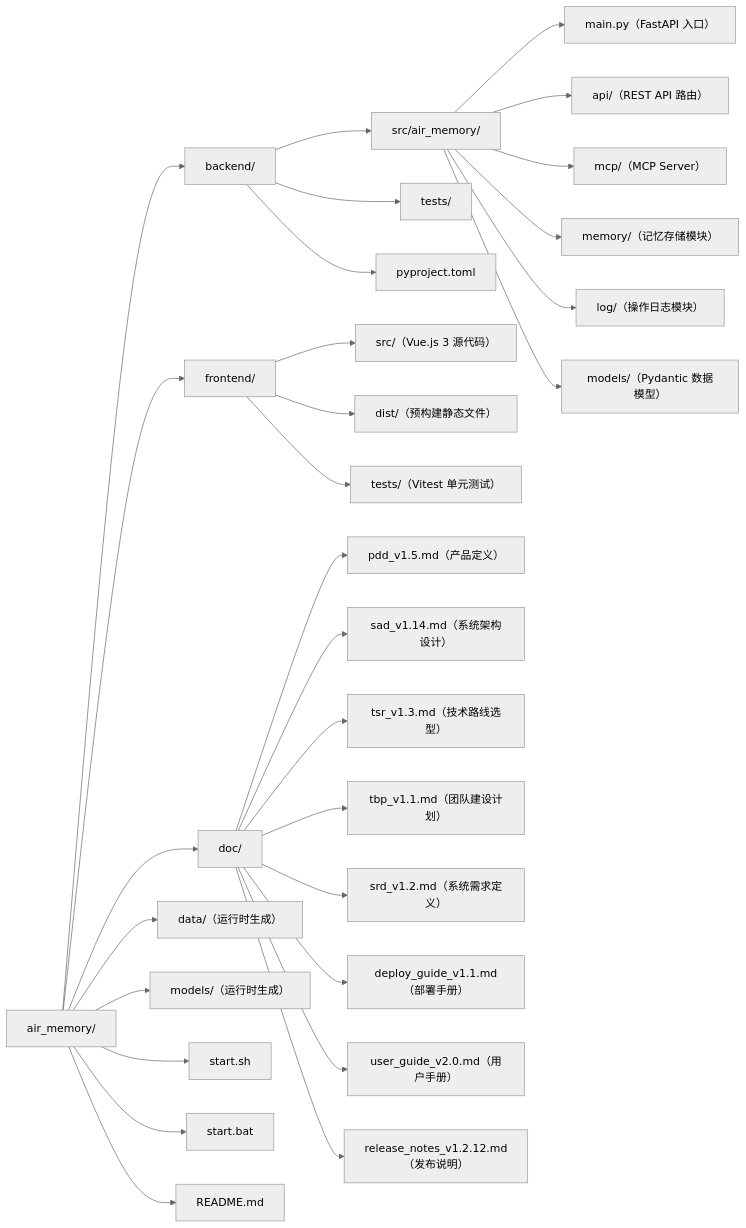
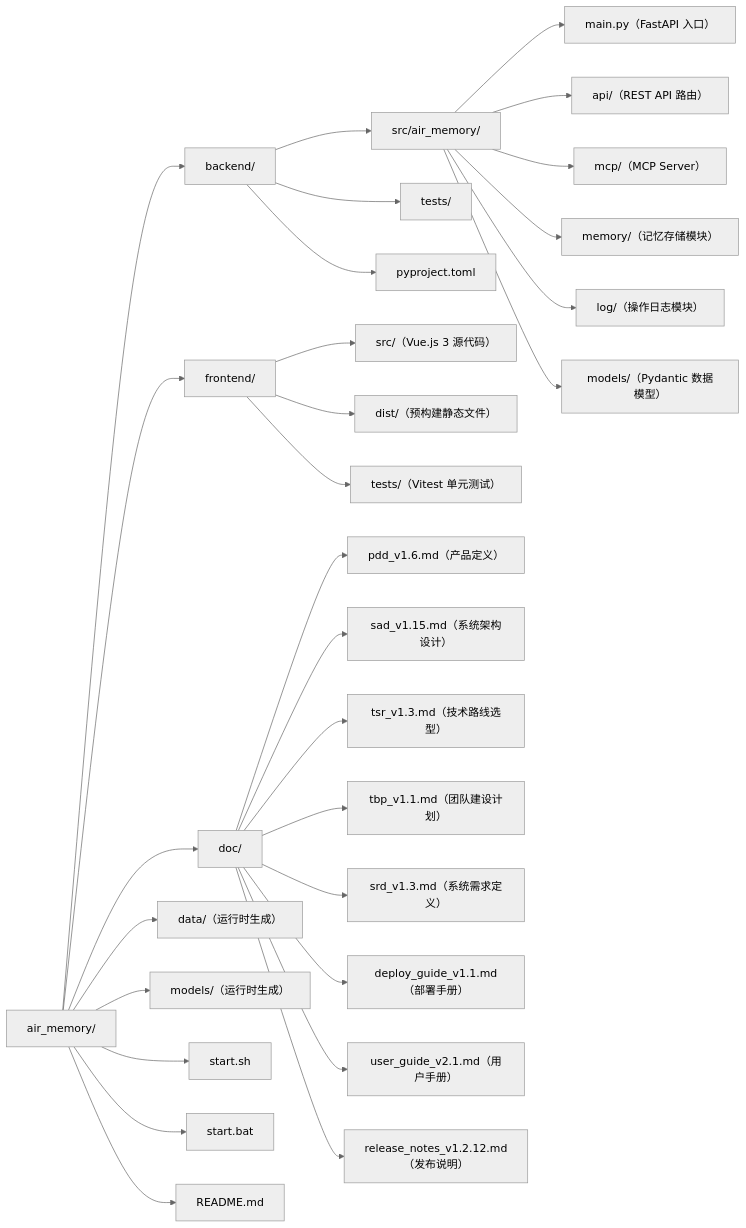
The diagram in README.md (SevenLv/air_memory), drawn with Mermaid (neutral theme) before and after one commit. The commit also changed other lines of this file and 4 other files, not shown here.

First line of the commit message:
docs: remove fast_only parameter, add pdd_v1.6, srd_v1.3, sad_v1.15, user_guide_v2.1

````diff
--- a/README.md
+++ b/README.md
@@ -50,37 +50,37 @@
 ```mermaid
 graph LR
     ROOT["air_memory/"]
 
     ROOT --> BACKEND["backend/"]
     ROOT --> FRONTEND["frontend/"]
     ROOT --> DOC["doc/"]
     ROOT --> DATA["data/（运行时生成）"]
     ROOT --> MODELS["models/（运行时生成）"]
     ROOT --> START_SH["start.sh"]
     ROOT --> START_BAT["start.bat"]
     ROOT --> README["README.md"]
 
     BACKEND --> BE_SRC["src/air_memory/"]
     BACKEND --> BE_TESTS["tests/"]
     BACKEND --> BE_PYPROJECT["pyproject.toml"]
 
     BE_SRC --> BE_MAIN["main.py（FastAPI 入口）"]
     BE_SRC --> BE_API["api/（REST API 路由）"]
     BE_SRC --> BE_MCP["mcp/（MCP Server）"]
     BE_SRC --> BE_MEM["memory/（记忆存储模块）"]
     BE_SRC --> BE_LOG["log/（操作日志模块）"]
     BE_SRC --> BE_MODELS["models/（Pydantic 数据模型）"]
 
     FRONTEND --> FE_SRC["src/（Vue.js 3 源代码）"]
     FRONTEND --> FE_DIST["dist/（预构建静态文件）"]
     FRONTEND --> FE_TESTS["tests/（Vitest 单元测试）"]
 
-    DOC --> D1["pdd_v1.5.md（产品定义）"]
-    DOC --> D2["sad_v1.14.md（系统架构设计）"]
+    DOC --> D1["pdd_v1.6.md（产品定义）"]
+    DOC --> D2["sad_v1.15.md（系统架构设计）"]
     DOC --> D3["tsr_v1.3.md（技术路线选型）"]
     DOC --> D4["tbp_v1.1.md（团队建设计划）"]
-    DOC --> D5["srd_v1.2.md（系统需求定义）"]
+    DOC --> D5["srd_v1.3.md（系统需求定义）"]
     DOC --> D6["deploy_guide_v1.1.md（部署手册）"]
-    DOC --> D7["user_guide_v2.0.md（用户手册）"]
+    DOC --> D7["user_guide_v2.1.md（用户手册）"]
     DOC --> D8["release_notes_v1.2.12.md（发布说明）"]
 ```
````
